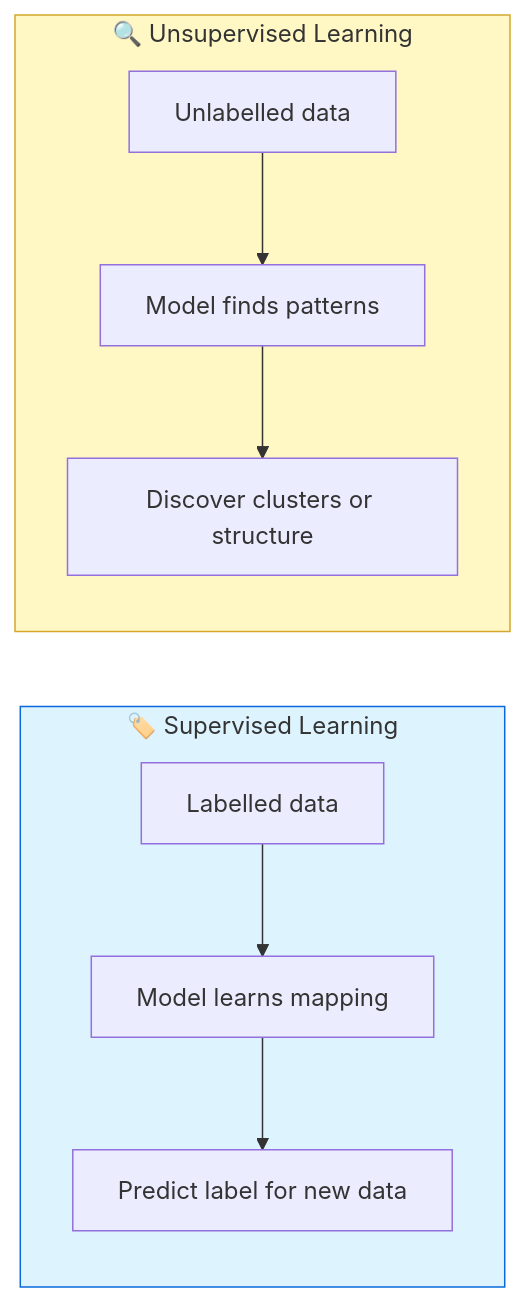
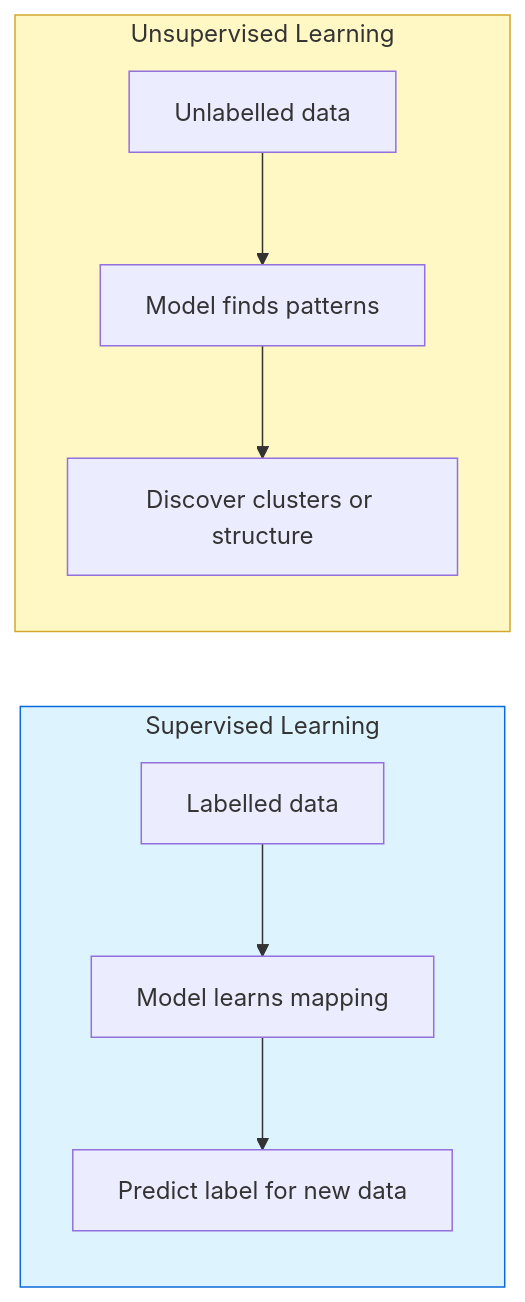
One commit to Shaileshgnaik/ai-course-college-student.github.io changed the second of 2 diagrams in assessments/sample-answers/module-02.md. Above: the diagram before and after it, drawn with Mermaid. The commit also changed other lines of this file and 6 other files, not shown here.

````diff
--- a/assessments/sample-answers/module-02.md
+++ b/assessments/sample-answers/module-02.md
@@ -94,14 +96,14 @@
 ```mermaid
 graph LR
-    subgraph Supervised["🏷️ Supervised Learning"]
+    subgraph Supervised["Supervised Learning"]
         S1[Labelled data] --> S2[Model learns mapping]
         S2 --> S3[Predict label for new data]
     end
-    subgraph Unsupervised["🔍 Unsupervised Learning"]
+    subgraph Unsupervised["Unsupervised Learning"]
         U1[Unlabelled data] --> U2[Model finds patterns]
         U2 --> U3[Discover clusters or structure]
     end
 
     style Supervised fill:#ddf4ff,stroke:#0969da
     style Unsupervised fill:#fff8c5,stroke:#d4a72c
 ```
````
